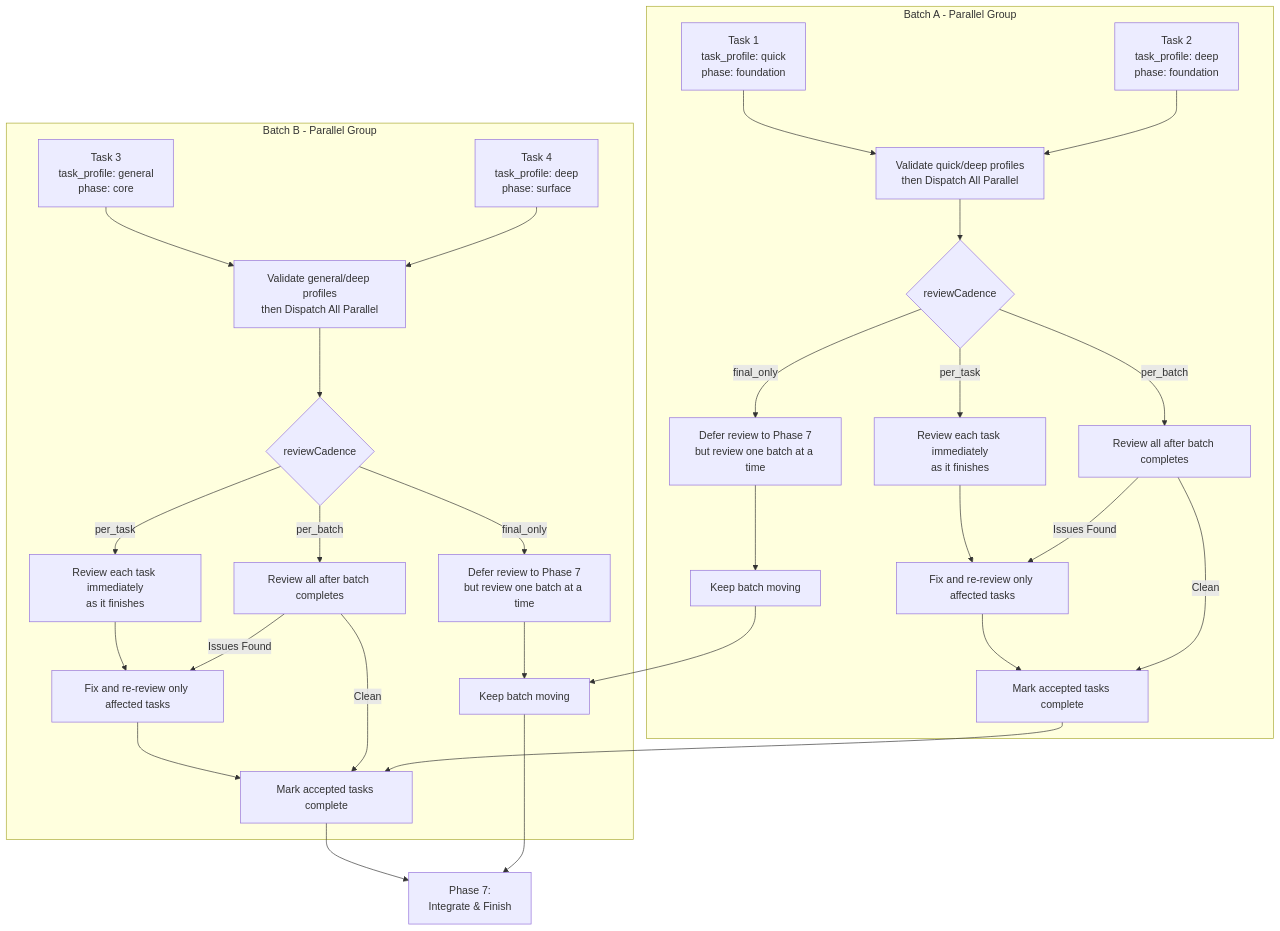
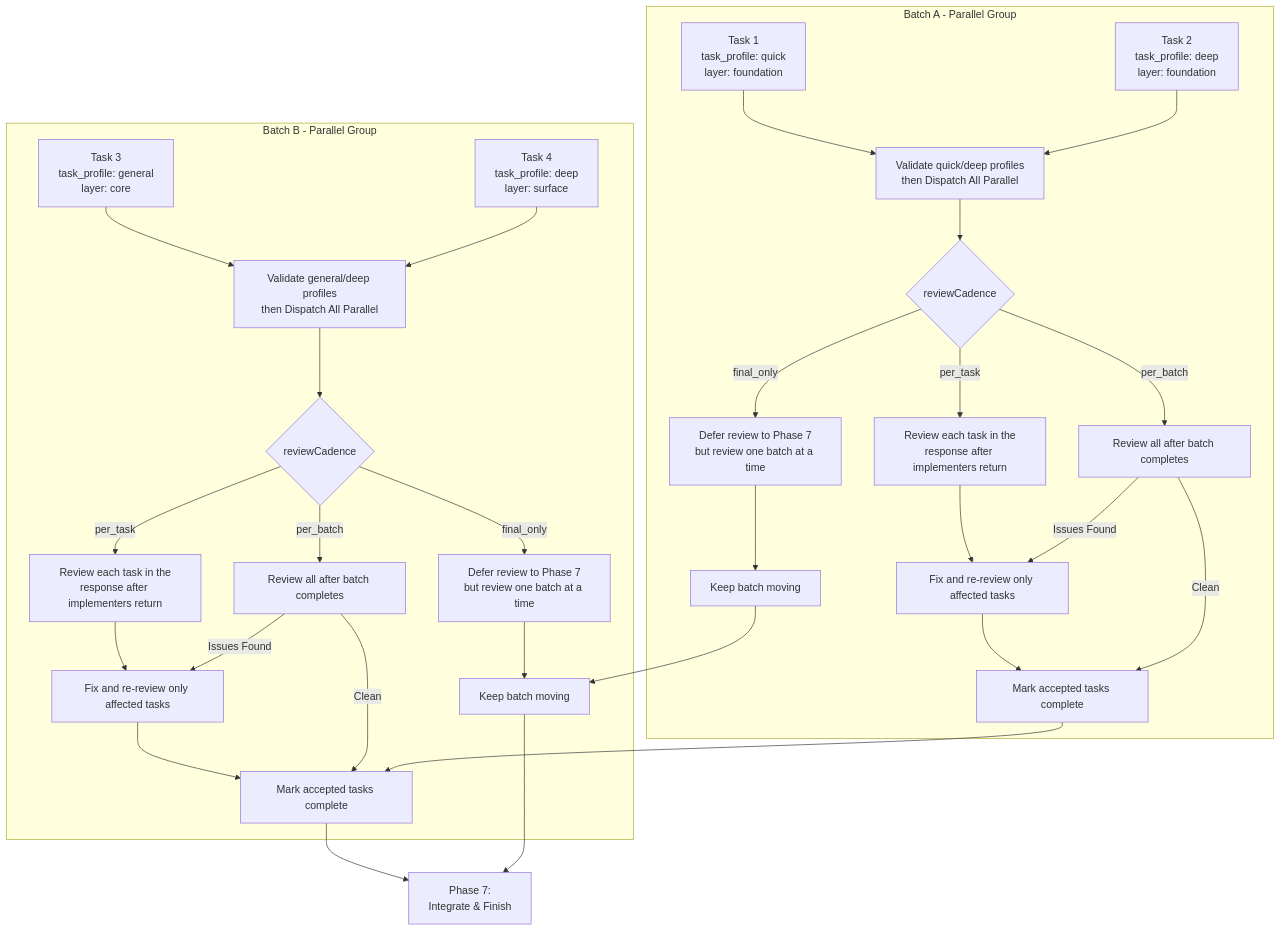
One commit to gugacarbo/agents-skills changed the fourth of 10 diagrams in super-planning/docs/workflows.md. Above: the diagram before and after it, drawn with Mermaid. The commit also changed other lines of this file and 41 other files, not shown here.

````diff
--- a/super-planning/docs/workflows.md
+++ b/super-planning/docs/workflows.md
@@ -71,41 +71,41 @@
 ```mermaid
 flowchart TD
     subgraph Batch A - Parallel Group
-        A1[Task 1<br/>task_profile: quick<br/>phase: foundation]
-        A2[Task 2<br/>task_profile: deep<br/>phase: foundation]
+        A1[Task 1<br/>task_profile: quick<br/>layer: foundation]
+        A2[Task 2<br/>task_profile: deep<br/>layer: foundation]
         A3[Validate quick/deep profiles<br/>then Dispatch All Parallel]
         A1 --> A3
         A2 --> A3
         A3 --> A4{reviewCadence}
-        A4 -->|per_task| A5[Review each task immediately<br/>as it finishes]
+        A4 -->|per_task| A5[Review each task in the<br/>response after implementers return]
         A4 -->|per_batch| A6[Review all after batch completes]
         A4 -->|final_only| A7[Defer review to Phase 7<br/>but review one batch at a time]
         A5 --> A8[Fix and re-review only affected tasks]
         A6 -->|Issues Found| A8
         A8 --> A9[Mark accepted tasks complete]
         A6 -->|Clean| A9
         A7 --> A10[Keep batch moving]
     end
 
     subgraph Batch B - Parallel Group
-        B1[Task 3<br/>task_profile: general<br/>phase: core]
-        B2[Task 4<br/>task_profile: deep<br/>phase: surface]
+        B1[Task 3<br/>task_profile: general<br/>layer: core]
+        B2[Task 4<br/>task_profile: deep<br/>layer: surface]
         B3[Validate general/deep profiles<br/>then Dispatch All Parallel]
         B1 --> B3
         B2 --> B3
         B3 --> B4{reviewCadence}
-        B4 -->|per_task| B5[Review each task immediately<br/>as it finishes]
+        B4 -->|per_task| B5[Review each task in the<br/>response after implementers return]
         B4 -->|per_batch| B6[Review all after batch completes]
         B4 -->|final_only| B7[Defer review to Phase 7<br/>but review one batch at a time]
         B5 --> B8[Fix and re-review only affected tasks]
         B6 -->|Issues Found| B8
         B8 --> B9[Mark accepted tasks complete]
         B6 -->|Clean| B9
         B7 --> B10[Keep batch moving]
     end
 
     A9 --> B9
     A10 --> B10
     B9 --> INTEGRATE[Phase 7:<br/>Integrate & Finish]
     B10 --> INTEGRATE
 ```
````
